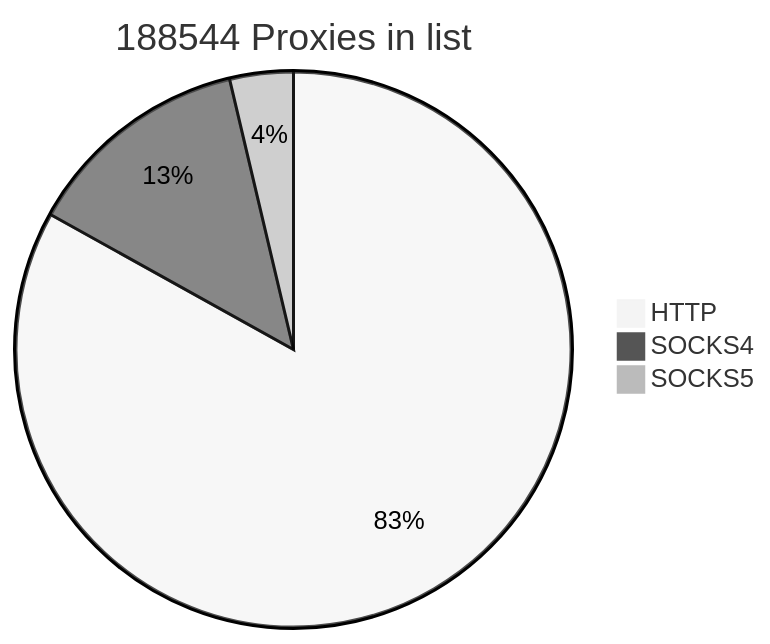
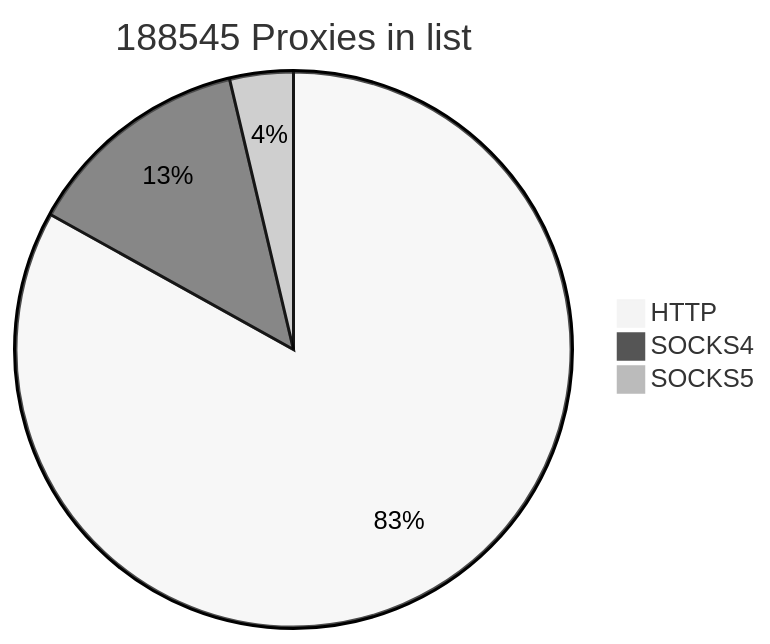
The first of 2 diagrams in README.md (cutipu/proxylist), drawn with Mermaid (neutral theme) before and after one commit. The commit also changed other lines of this file, not shown here.

````diff
--- a/README.md
+++ b/README.md
@@ -2,7 +2,7 @@
 ```mermaid
-pie title 188544 Proxies in list
+pie title 188545 Proxies in list
     "HTTP" : 156625
     "SOCKS4" : 24951
-    "SOCKS5" : 6968
+    "SOCKS5" : 6969
             
 ```
````
